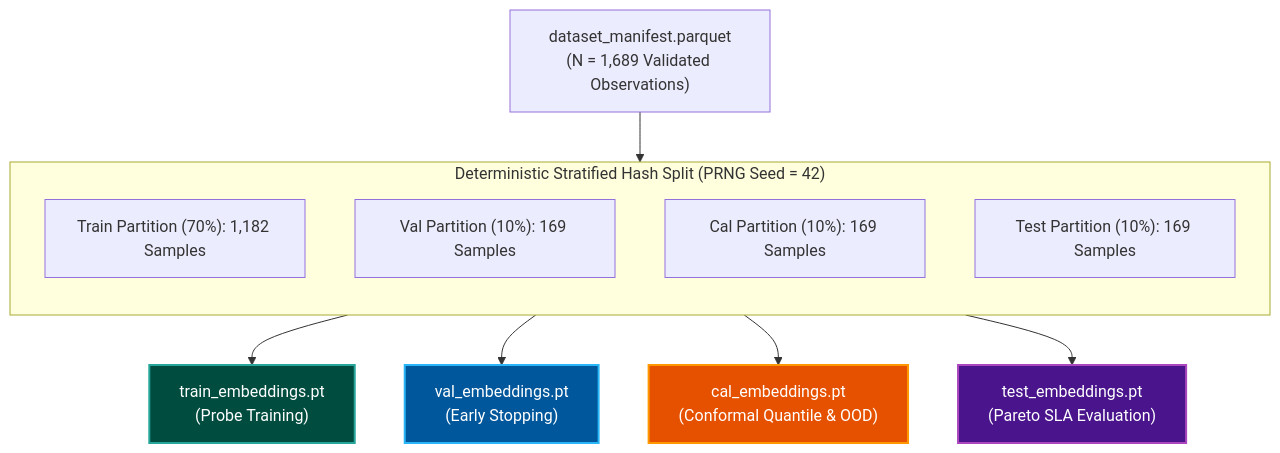
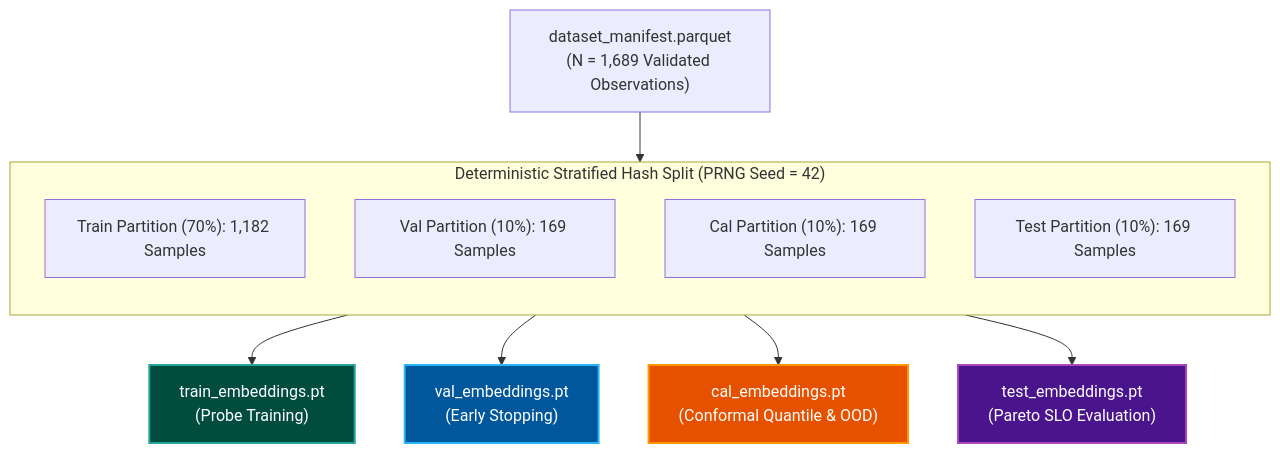
Before and after one commit to foersben/taxon-vision-mlops: the second of 3 diagrams in docs/mlops_pipeline/storage_and_databases.md, drawn with Mermaid. The commit also changed other lines of this file and 52 other files, not shown here.

First line of the commit message:
refactor(governance): adjust SLA nomenclature to Service Level Objective (SLO) across codebase

````diff
--- a/docs/mlops_pipeline/storage_and_databases.md
+++ b/docs/mlops_pipeline/storage_and_databases.md
@@ -104,24 +104,24 @@
 ```mermaid
 flowchart TD
     D["dataset_manifest.parquet<br/>(N = 1,689 Validated Observations)"]
 
     subgraph StratSplit["Deterministic Stratified Hash Split (PRNG Seed = 42)"]
         direction TB
         T["Train Partition (70%): 1,182 Samples"]
         V["Val Partition (10%): 169 Samples"]
         C["Cal Partition (10%): 169 Samples"]
         E["Test Partition (10%): 169 Samples"]
     end
 
     D --> StratSplit
 
     T --> T_PT["train_embeddings.pt<br/>(Probe Training)"]
     V --> V_PT["val_embeddings.pt<br/>(Early Stopping)"]
     C --> C_PT["cal_embeddings.pt<br/>(Conformal Quantile & OOD)"]
-    E --> E_PT["test_embeddings.pt<br/>(Pareto SLA Evaluation)"]
+    E --> E_PT["test_embeddings.pt<br/>(Pareto SLO Evaluation)"]
 
     style T_PT fill:#004d40,stroke:#26a69a,stroke-width:2px,color:#ffffff;
     style V_PT fill:#01579b,stroke:#29b6f6,stroke-width:2px,color:#ffffff;
     style C_PT fill:#e65100,stroke:#ff9800,stroke-width:2px,color:#ffffff;
     style E_PT fill:#4a148c,stroke:#ab47bc,stroke-width:2px,color:#ffffff;
 ```
````
